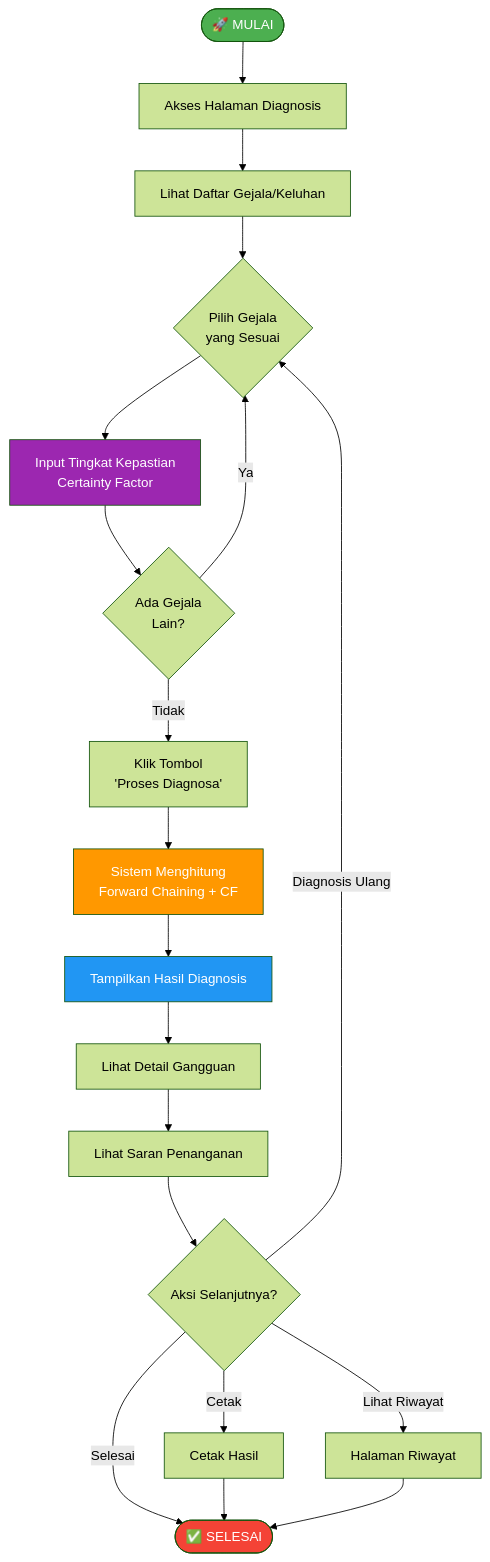
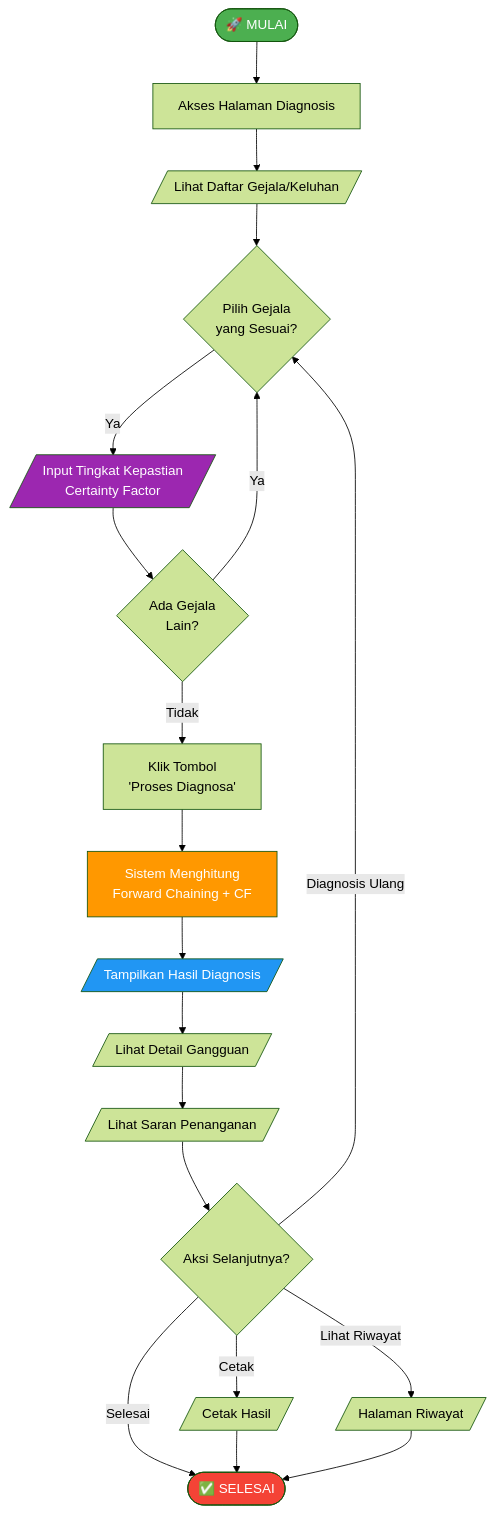
Before and after one commit to GalangPutraMaulana19/DigNet-BUG: the second of 11 diagrams in docs/USER_MANUAL.md, drawn with Mermaid (forest theme). The commit also changed other lines of this file, not shown here.

Commit message:
Fix flowchart symbols to use standard shapes (parallelogram for I/O, stadium for terminator, etc.)

````diff
--- a/docs/USER_MANUAL.md
+++ b/docs/USER_MANUAL.md
@@ -81,33 +91,33 @@
 ```mermaid
 flowchart TD
     Start([🚀 MULAI]) --> Access[Akses Halaman Diagnosis]
-    Access --> ViewSymptoms[Lihat Daftar Gejala/Keluhan]
+    Access --> ViewSymptoms[/Lihat Daftar Gejala/Keluhan/]
     
-    ViewSymptoms --> SelectSymptom{Pilih Gejala<br/>yang Sesuai}
-    SelectSymptom --> InputCF[Input Tingkat Kepastian<br/>Certainty Factor]
+    ViewSymptoms --> SelectSymptom{Pilih Gejala<br/>yang Sesuai?}
+    SelectSymptom -->|Ya| InputCF[/Input Tingkat Kepastian<br/>Certainty Factor/]
     
     InputCF --> MoreSymptoms{Ada Gejala<br/>Lain?}
     MoreSymptoms -->|Ya| SelectSymptom
     MoreSymptoms -->|Tidak| Submit[Klik Tombol<br/>'Proses Diagnosa']
     
     Submit --> Calculate[Sistem Menghitung<br/>Forward Chaining + CF]
-    Calculate --> Result[Tampilkan Hasil Diagnosis]
+    Calculate --> Result[/Tampilkan Hasil Diagnosis/]
     
-    Result --> ViewDetail[Lihat Detail Gangguan]
-    ViewDetail --> Suggestion[Lihat Saran Penanganan]
+    Result --> ViewDetail[/Lihat Detail Gangguan/]
+    ViewDetail --> Suggestion[/Lihat Saran Penanganan/]
     
     Suggestion --> Action{Aksi Selanjutnya?}
-    Action -->|Cetak| Print[Cetak Hasil]
+    Action -->|Cetak| Print[/Cetak Hasil/]
     Action -->|Diagnosis Ulang| SelectSymptom
-    Action -->|Lihat Riwayat| History[Halaman Riwayat]
+    Action -->|Lihat Riwayat| History[/Halaman Riwayat/]
     Action -->|Selesai| End([✅ SELESAI])
     
     Print --> End
     History --> End
     
     style Start fill:#4caf50,color:#fff
     style End fill:#f44336,color:#fff
     style Calculate fill:#ff9800,color:#fff
     style Result fill:#2196f3,color:#fff
     style InputCF fill:#9c27b0,color:#fff
 ```
````
